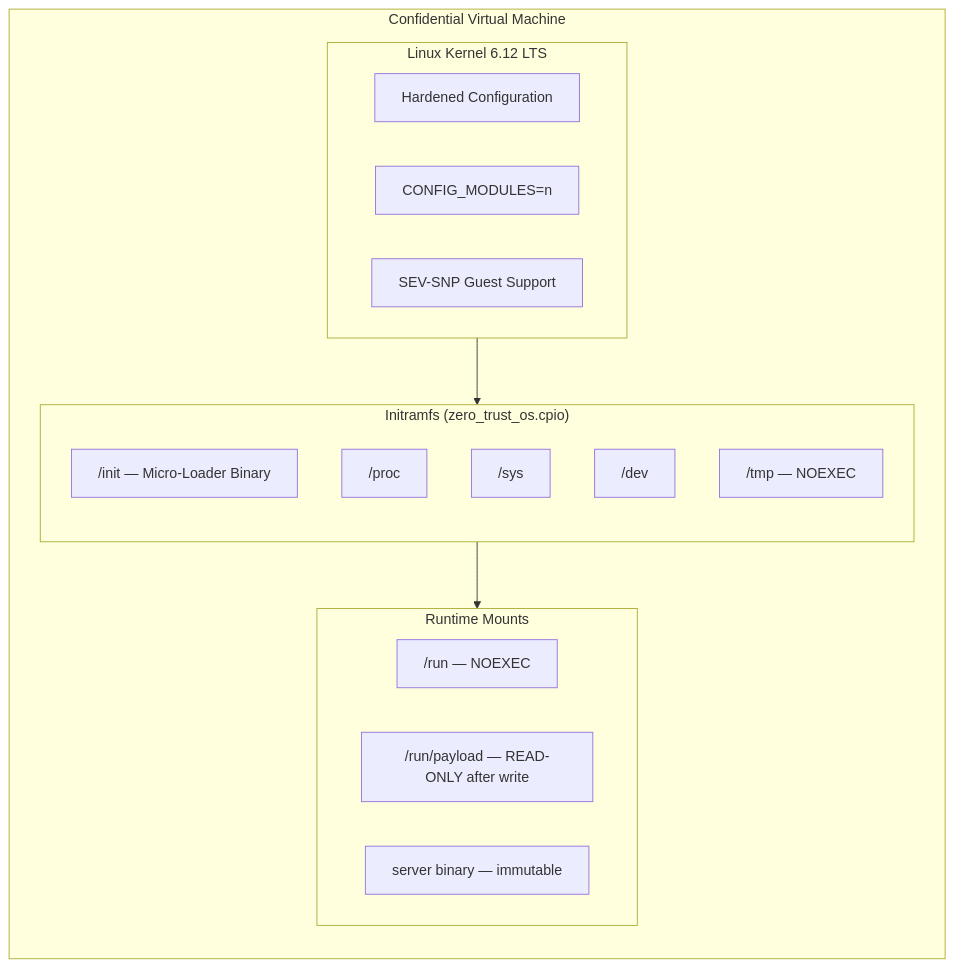
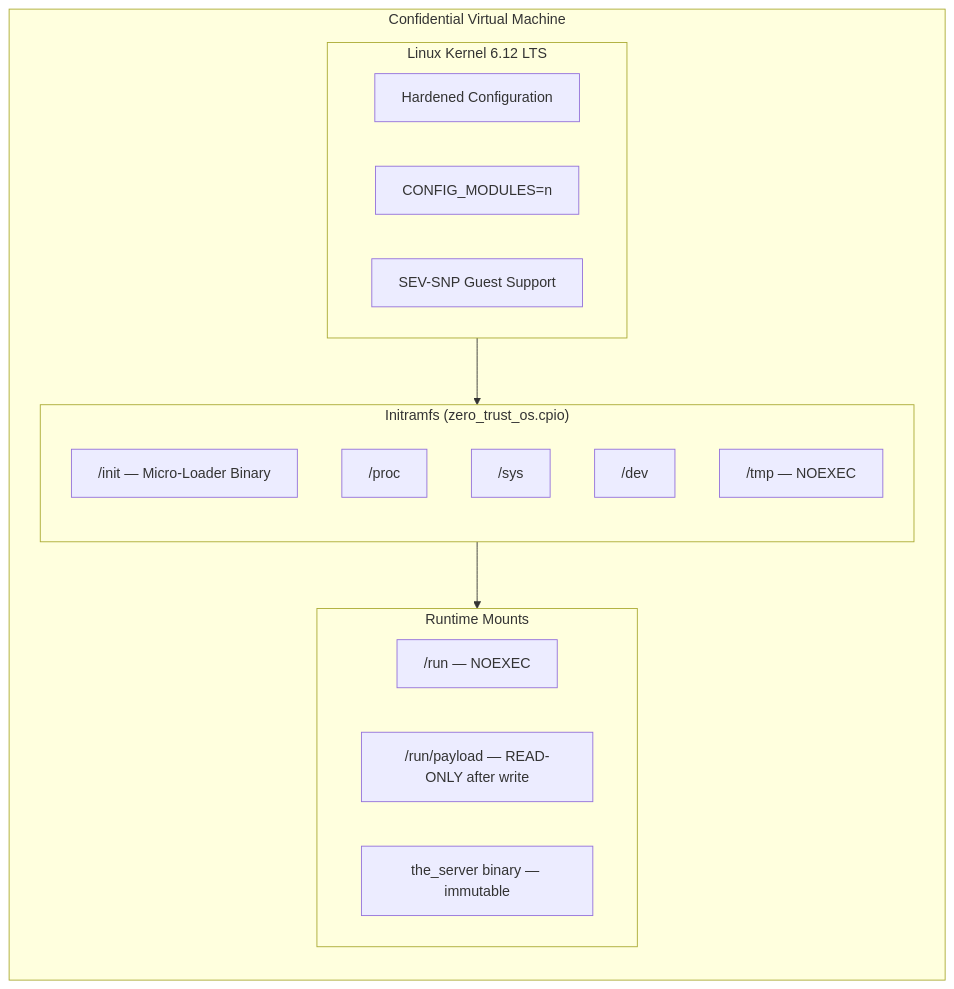
Before and after one commit to deadrouter-ai/sev-micro-loader: the diagram in docs/architecture.md, drawn with Mermaid. The commit also changed other lines of this file and 9 other files, not shown here.

````diff
--- a/docs/architecture.md
+++ b/docs/architecture.md
@@ -7,26 +7,26 @@
 ```mermaid
 flowchart TB
     subgraph VM["Confidential Virtual Machine"]
         direction TB
         subgraph KERNEL["Linux Kernel 6.12 LTS"]
             KH["Hardened Configuration"]
             KN["CONFIG_MODULES=n"]
             KS["SEV-SNP Guest Support"]
         end
         subgraph INITRAMFS["Initramfs (zero_trust_os.cpio)"]
             direction TB
             INIT["/init — Micro-Loader Binary"]
             PROC["/proc"]
             SYS["/sys"]
             DEV["/dev"]
             TMP["/tmp — NOEXEC"]
         end
         subgraph RUNTIME["Runtime Mounts"]
             RUN["/run — NOEXEC"]
             PAYLOAD["/run/payload — READ-ONLY after write"]
-            SERVER["server binary — immutable"]
+            SERVER["the_server binary — immutable"]
         end
         KERNEL --> INITRAMFS
         INITRAMFS --> RUNTIME
     end
 ```
````
